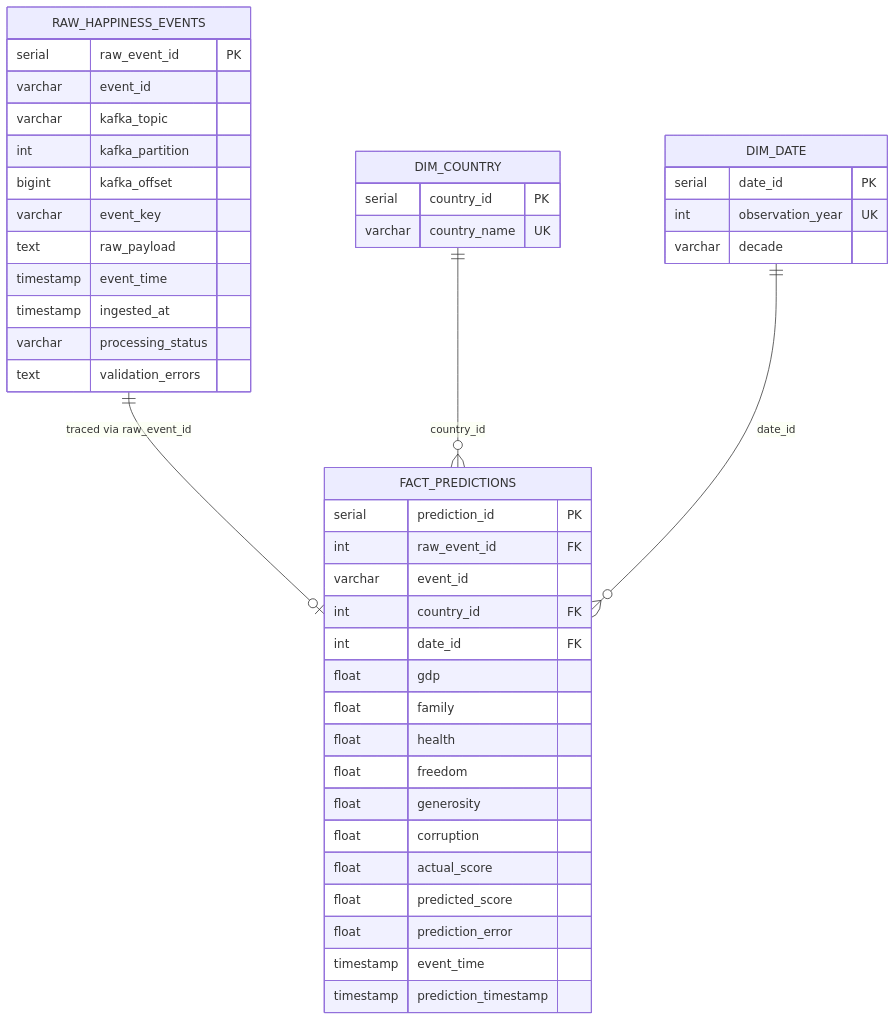
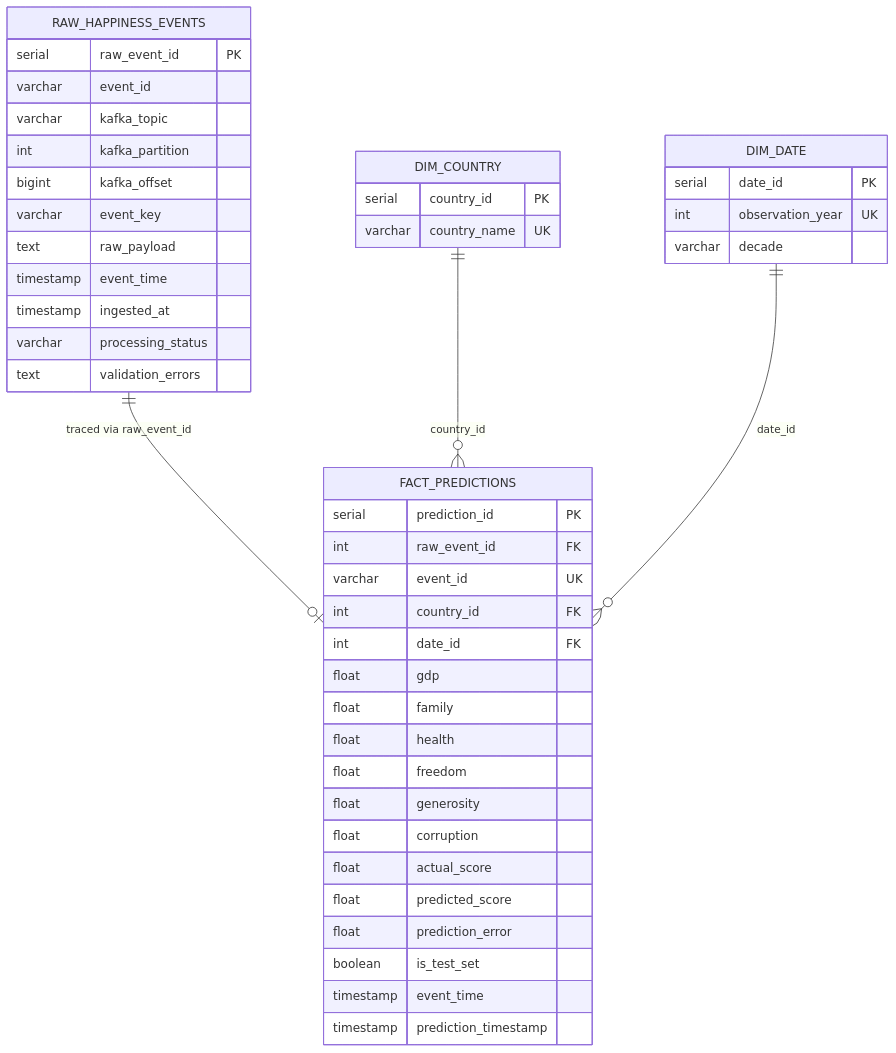
One commit to sebastianmanrique-0731/WorkShop-3 changed the second of 2 diagrams in README.md. Above: the diagram before and after it, drawn with Mermaid. The commit also changed other lines of this file and 6 other files, not shown here.

````diff
--- a/README.md
+++ b/README.md
@@ -151,50 +163,51 @@
 ```mermaid
 erDiagram
     RAW_HAPPINESS_EVENTS ||--o| FACT_PREDICTIONS : "traced via raw_event_id"
     DIM_COUNTRY ||--o{ FACT_PREDICTIONS : "country_id"
     DIM_DATE ||--o{ FACT_PREDICTIONS : "date_id"
 
     RAW_HAPPINESS_EVENTS {
         serial raw_event_id PK
         varchar event_id
         varchar kafka_topic
         int kafka_partition
         bigint kafka_offset
         varchar event_key
         text raw_payload
         timestamp event_time
         timestamp ingested_at
         varchar processing_status
         text validation_errors
     }
 
     DIM_COUNTRY {
         serial country_id PK
         varchar country_name UK
     }
 
     DIM_DATE {
         serial date_id PK
         int observation_year UK
         varchar decade
     }
 
     FACT_PREDICTIONS {
         serial prediction_id PK
         int raw_event_id FK
-        varchar event_id
+        varchar event_id UK
         int country_id FK
         int date_id FK
         float gdp
         float family
         float health
         float freedom
         float generosity
         float corruption
         float actual_score
         float predicted_score
         float prediction_error
+        boolean is_test_set
         timestamp event_time
         timestamp prediction_timestamp
     }
 ```
````
